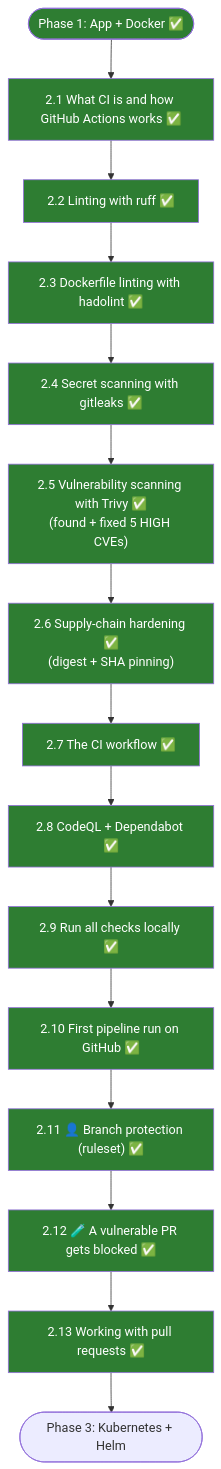
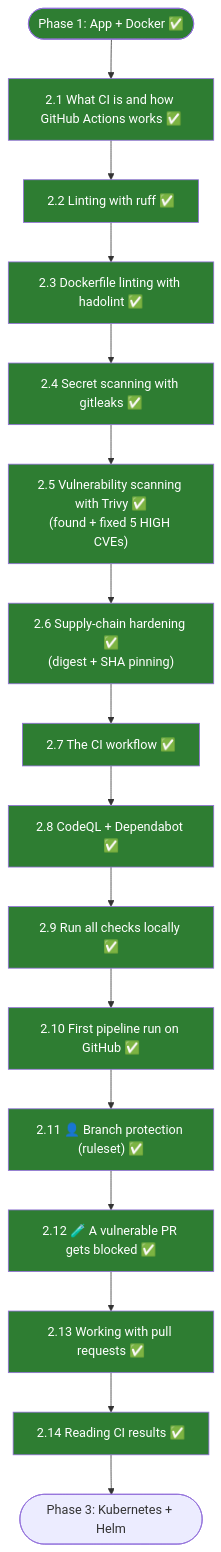
One commit to valinfernanda/devops-project changed the first of 7 diagrams in docs/02-ci.md. Above: the diagram before and after it, drawn with Mermaid. The commit also changed other lines of this file and 6 other files, not shown here.

````diff
--- a/docs/02-ci.md
+++ b/docs/02-ci.md
@@ -15,21 +18,22 @@
 ```mermaid
 flowchart TD
     P1(["Phase 1: App + Docker ✅"]) --> A
     A["2.1 What CI is and how GitHub Actions works ✅"] --> B["2.2 Linting with ruff ✅"]
     B --> C["2.3 Dockerfile linting with hadolint ✅"]
     C --> D["2.4 Secret scanning with gitleaks ✅"]
     D --> E["2.5 Vulnerability scanning with Trivy ✅<br/>(found + fixed 5 HIGH CVEs)"]
     E --> F["2.6 Supply-chain hardening ✅<br/>(digest + SHA pinning)"]
     F --> G["2.7 The CI workflow ✅"]
     G --> H["2.8 CodeQL + Dependabot ✅"]
     H --> I["2.9 Run all checks locally ✅"]
     I --> J["2.10 First pipeline run on GitHub ✅"]
     J --> K["2.11 👤 Branch protection (ruleset) ✅"]
     K --> L["2.12 🧪 A vulnerable PR gets blocked ✅"]
     L --> M2["2.13 Working with pull requests ✅"]
-    M2 --> P3(["Phase 3: Kubernetes + Helm"])
+    M2 --> N2["2.14 Reading CI results ✅"]
+    N2 --> P3(["Phase 3: Kubernetes + Helm"])
 
     classDef done fill:#2e7d32,color:#fff
     classDef wait fill:#f9a825,color:#000
-    class P1,A,B,C,D,E,F,G,H,I,J,K,L,M2 done
+    class P1,A,B,C,D,E,F,G,H,I,J,K,L,M2,N2 done
 ```
````
